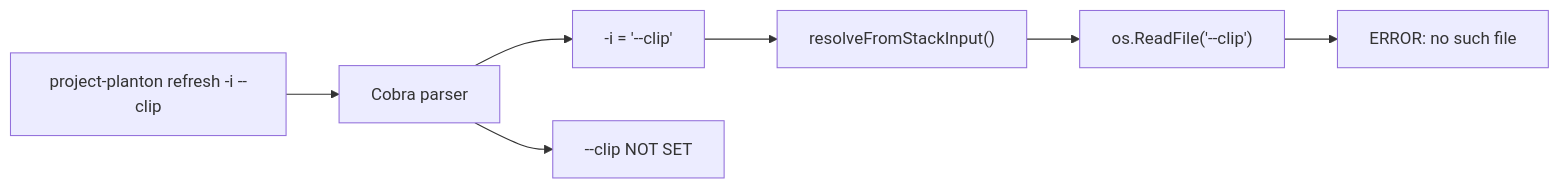
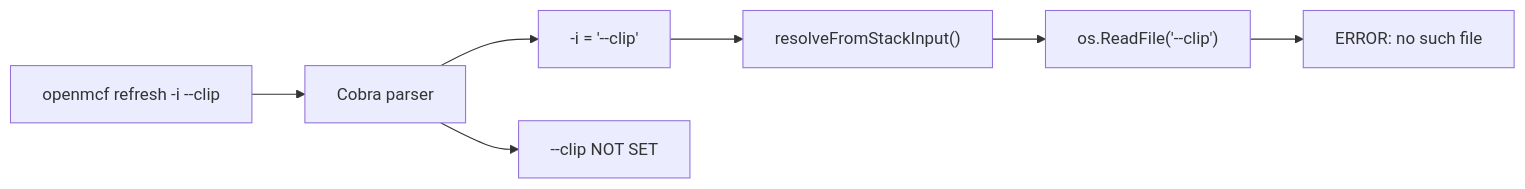
Before and after one commit to plantonhq/openmcf: the first of 2 diagrams in _changelog/2026-01/2026-01-23-082906-clipboard-stack-input-ux-enhancement.md, drawn with Mermaid. The commit also changed other lines of this file and 11262 other files, not shown here.

````diff
--- a/_changelog/2026-01/2026-01-23-082906-clipboard-stack-input-ux-enhancement.md
+++ b/_changelog/2026-01/2026-01-23-082906-clipboard-stack-input-ux-enhancement.md
@@ -21,9 +21,9 @@
 ```mermaid
 flowchart LR
-    A["project-planton refresh -i --clip"] --> B["Cobra parser"]
+    A["openmcf refresh -i --clip"] --> B["Cobra parser"]
     B --> C["-i = '--clip'"]
     B --> D["--clip NOT SET"]
     C --> E["resolveFromStackInput()"]
     E --> F["os.ReadFile('--clip')"]
     F --> G["ERROR: no such file"]
 ```
````
